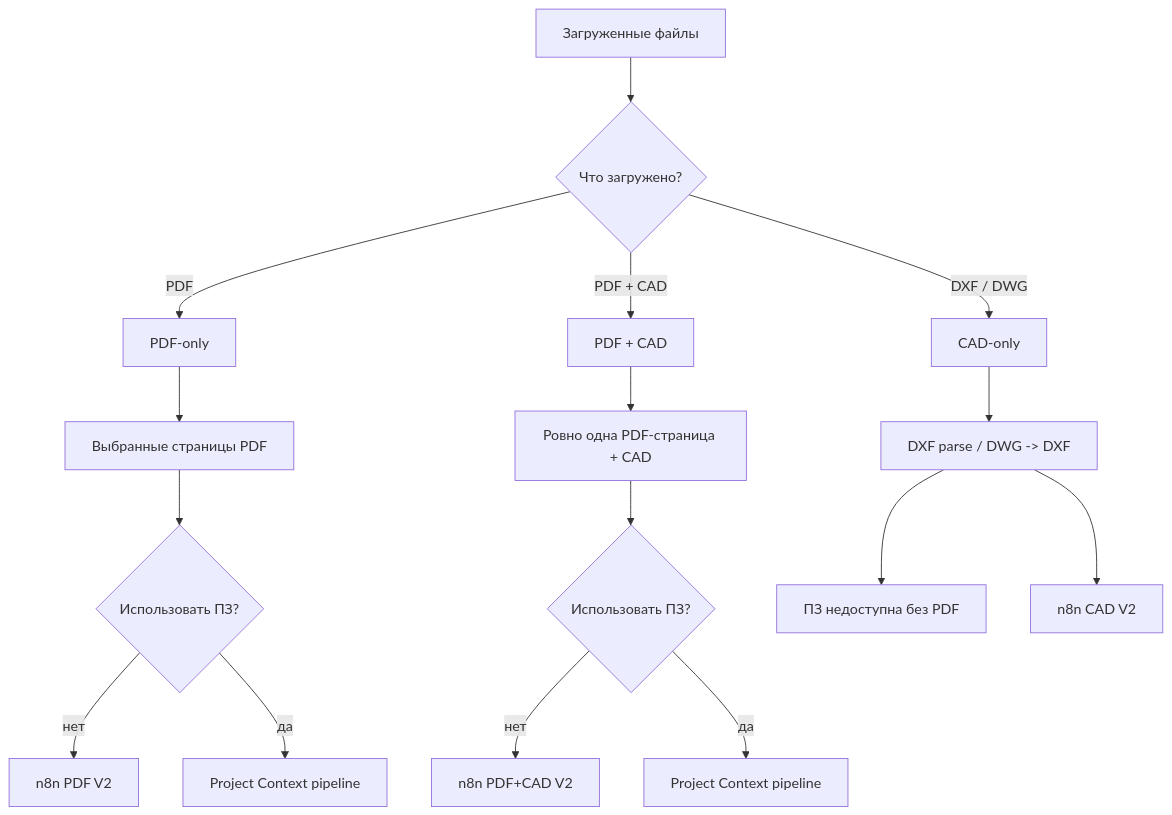
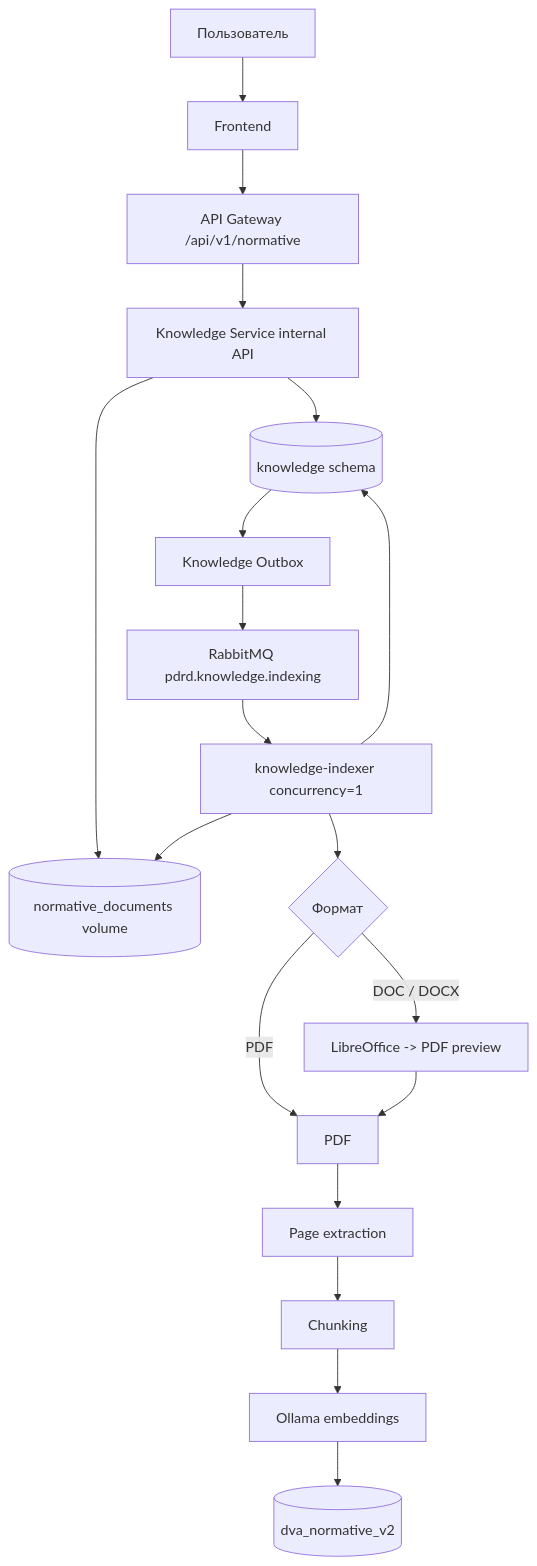
The second of 8 diagrams in README.md (Amadu-A/PDRD-validation), drawn with Mermaid before and after one commit. The commit also changed other lines of this file and 7 other files, not shown here.

````diff
--- a/README.md
+++ b/README.md
@@ -121,24 +140,26 @@
 ```mermaid
 flowchart TD
-    INPUT[Загруженные файлы] --> MODE{Что загружено?}
+    U[Пользователь] --> FE[Frontend]
+    FE --> GW[API Gateway /api/v1/normative]
+    GW --> KS[Knowledge Service internal API]
 
-    MODE -->|PDF| PDF[PDF-only]
-    MODE -->|DXF / DWG| CAD[CAD-only]
-    MODE -->|PDF + CAD| BOTH[PDF + CAD]
+    KS --> PG[(knowledge schema)]
+    KS --> STORE[(normative_documents volume)]
 
-    PDF --> PAGES[Выбранные страницы PDF]
-    CAD --> CADPREP[DXF parse / DWG -> DXF]
-    BOTH --> ONEPAGE[Ровно одна PDF-страница + CAD]
+    PG --> OUTBOX[Knowledge Outbox]
+    OUTBOX --> RMQ[RabbitMQ pdrd.knowledge.indexing]
+    RMQ --> IDX[knowledge-indexer concurrency=1]
 
-    PAGES --> PZ{Использовать ПЗ?}
-    ONEPAGE --> PZ2{Использовать ПЗ?}
-    CADPREP --> NOPZ[ПЗ недоступна без PDF]
+    IDX --> STORE
+    IDX --> TYPE{Формат}
+    TYPE -->|PDF| PDF[PDF]
+    TYPE -->|DOC / DOCX| LO[LibreOffice -> PDF preview]
+    LO --> PDF
 
-    PZ -->|нет| V2PDF[n8n PDF V2]
-    PZ -->|да| PZPIPE[Project Context pipeline]
+    PDF --> TEXT[Page extraction]
+    TEXT --> CHUNK[Chunking]
+    CHUNK --> EMB[Ollama embeddings]
+    EMB --> NORM[(dva_normative_v2)]
 
-    PZ2 -->|нет| V2BOTH[n8n PDF+CAD V2]
-    PZ2 -->|да| PZPIPE2[Project Context pipeline]
-
-    CADPREP --> V2CAD[n8n CAD V2]
+    IDX --> PG
 ```
````
